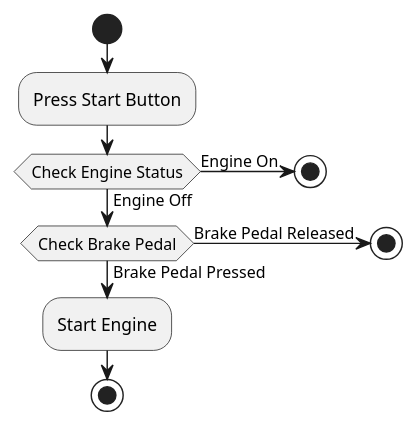
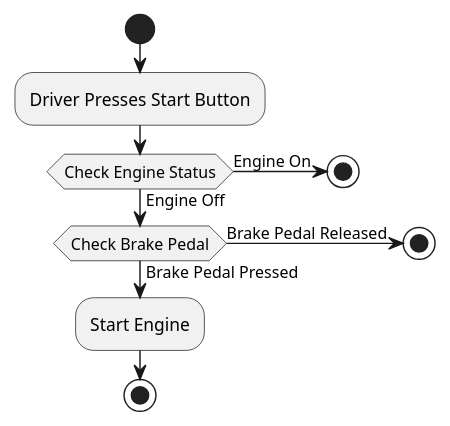
The diagram in docs/src/activity_start_engine.wsd (SubspaceBob/bootcamp_project), drawn with PlantUML before and after one commit. The commit also changed 4 other files, not shown here.

```diff
--- a/docs/src/activity_start_engine.wsd
+++ b/docs/src/activity_start_engine.wsd
@@ -1,14 +1,14 @@
 @startuml
 start
-:Press Start Button;
+:Driver Presses Start Button;
 if (Check Engine Status) then (Engine On)
     stop
 else (Engine Off)
     if (Check Brake Pedal) then (Brake Pedal Released)
         stop
     else (Brake Pedal Pressed)
         :Start Engine;
     endif
 endif
 stop
 @enduml
```
